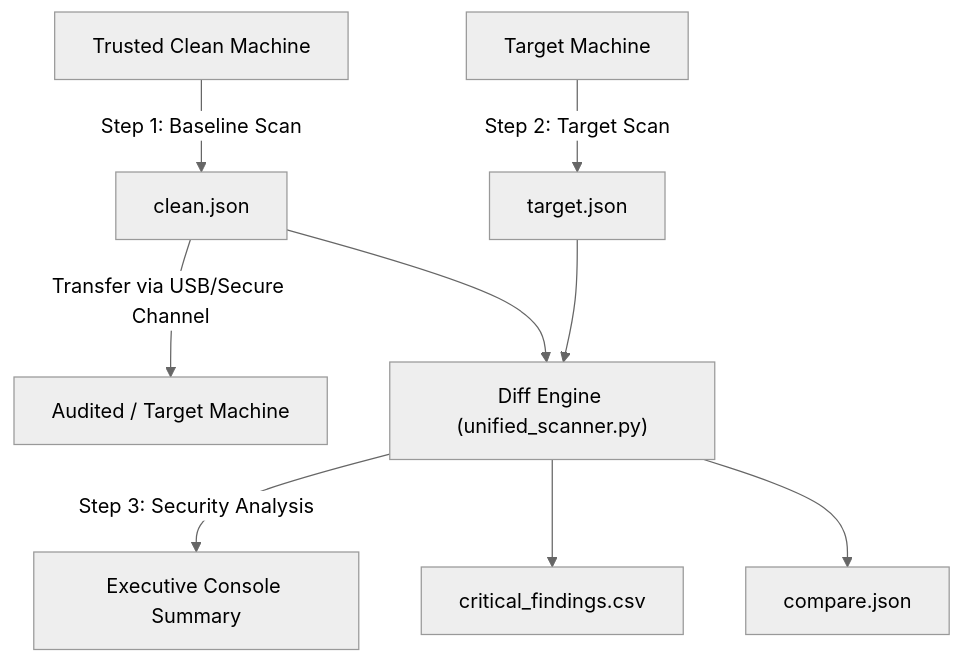
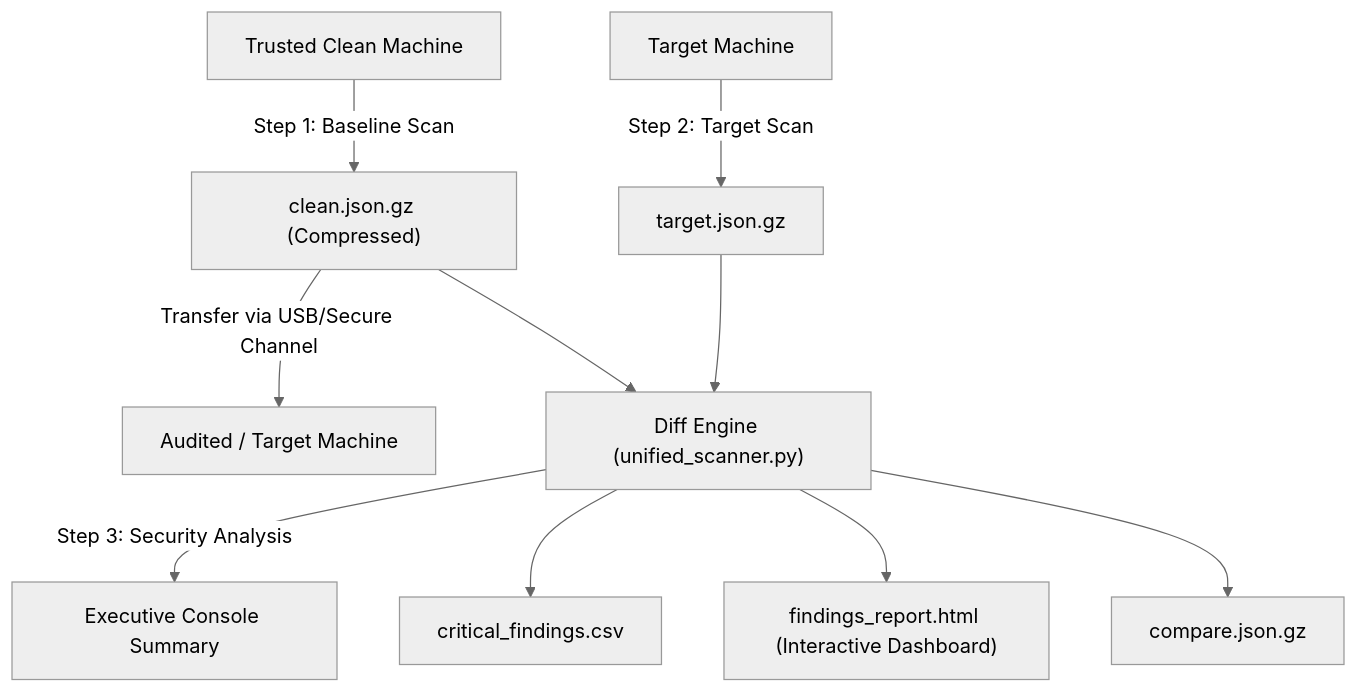
The diagram in README.md (G777216/Baseline), drawn with Mermaid (neutral theme) before and after one commit. The commit also changed other lines of this file and 1 other file, not shown here.

Commit message:
Add dual-stream hashing, gzip compression, and interactive HTML report

````diff
--- a/README.md
+++ b/README.md
@@ -89,11 +99,12 @@
 ```mermaid
 flowchart TD
-    A["Trusted Clean Machine"] -->|Step 1: Baseline Scan| B["clean.json"]
+    A["Trusted Clean Machine"] -->|Step 1: Baseline Scan| B["clean.json.gz (Compressed)"]
     B -->|Transfer via USB/Secure Channel| C["Audited / Target Machine"]
-    D["Target Machine"] -->|Step 2: Target Scan| E["target.json"]
+    D["Target Machine"] -->|Step 2: Target Scan| E["target.json.gz"]
     B --> F["Diff Engine (unified_scanner.py)"]
     E --> F
     F -->|Step 3: Security Analysis| G["Executive Console Summary"]
     F --> H["critical_findings.csv"]
-    F --> I["compare.json"]
+    F --> I["findings_report.html (Interactive Dashboard)"]
+    F --> J["compare.json.gz"]
 ```
````
